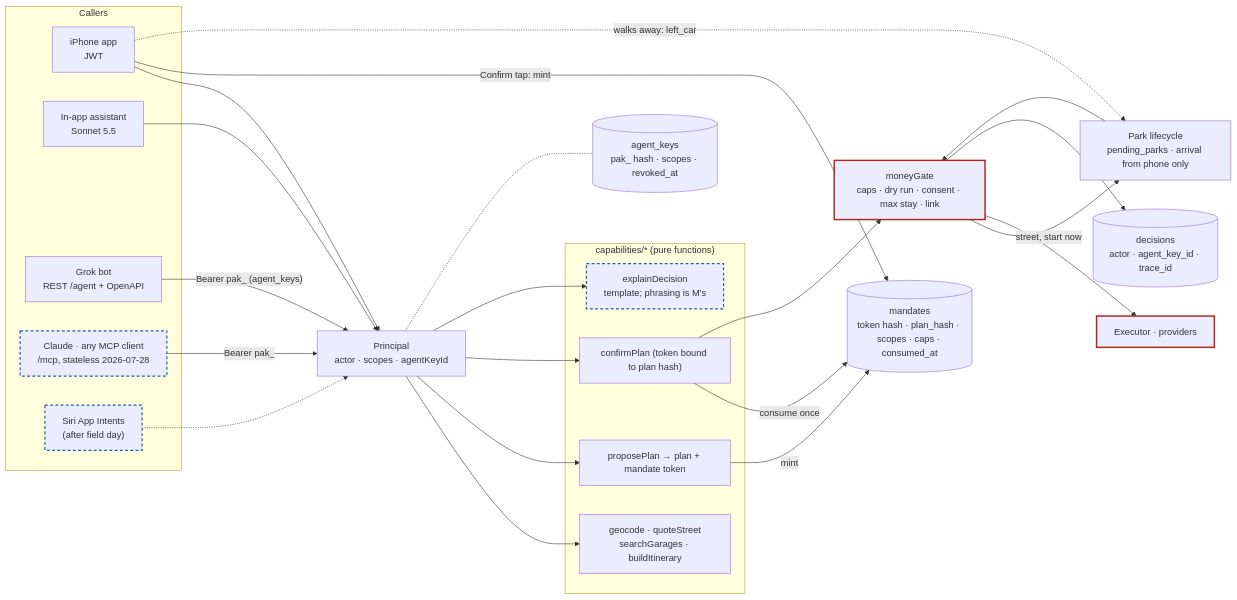
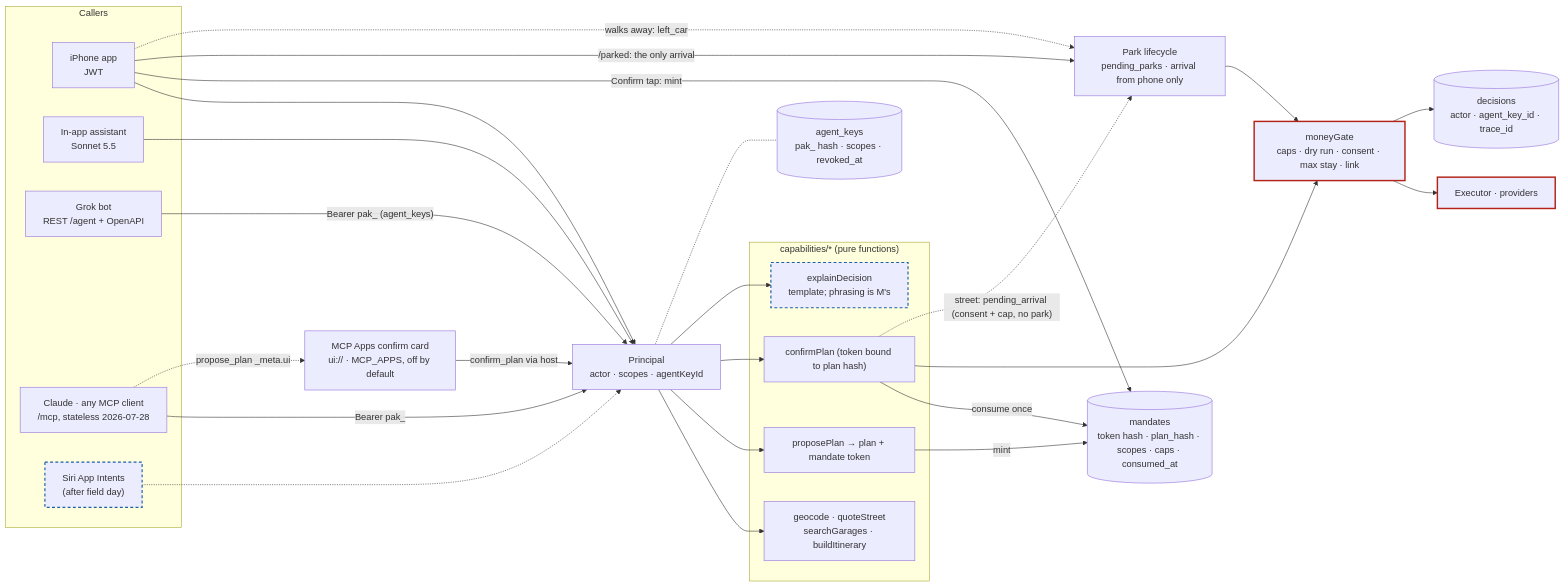
The third of 4 diagrams in docs/architecture.md (thomasbardhi01/parkagent), drawn with Mermaid before and after one commit. The commit also changed other lines of this file and 40 other files, not shown here.

First line of the commit message:
Agent REST surface: search, plan and confirm over /agent/* (WS-4 PR 2b) (#259)

````diff
--- a/docs/architecture.md
+++ b/docs/architecture.md
@@ -115,50 +121,54 @@
 ```mermaid
 flowchart LR
   subgraph Callers
     APP["iPhone app<br/>JWT"]
     LOOP["In-app assistant<br/>Sonnet 5.5"]
     GROK["Grok bot<br/>REST /agent + OpenAPI"]
     CL["Claude · any MCP client<br/>/mcp, stateless 2026-07-28"]
     SIRI["Siri App Intents<br/>(after field day)"]
   end
 
   P["Principal<br/>actor · scopes · agentKeyId"]
 
   subgraph Cap["capabilities/* (pure functions)"]
     C1["geocode · quoteStreet<br/>searchGarages · buildItinerary"]
     C2["proposePlan → plan + mandate token"]
     C3["confirmPlan (token bound to plan hash)"]
     C4["explainDecision<br/>template; phrasing is M's"]
   end
 
   GATE["moneyGate<br/>caps · dry run · consent · max stay · link"]
   LIFE["Park lifecycle<br/>pending_parks · arrival from phone only"]
   EXE["Executor · providers"]
   DEC[("decisions<br/>actor · agent_key_id · trace_id")]
   KEYS[("agent_keys<br/>pak_ hash · scopes · revoked_at")]
   MAND[("mandates<br/>token hash · plan_hash · scopes · caps · consumed_at")]
+  CARD["MCP Apps confirm card<br/>ui:// · MCP_APPS, off by default"]
 
   APP --> P
   LOOP --> P
   GROK -- "Bearer pak_ (agent_keys)" --> P
   CL -- "Bearer pak_" --> P
+  CL -. "propose_plan _meta.ui" .-> CARD
+  CARD -- "confirm_plan via host" --> P
   SIRI -.-> P
   P --> C1 & C2 & C3
   P --> C4
   P -.- KEYS
   C2 -- "mint" --> MAND
   C3 -- "consume once" --> MAND
   APP -- "Confirm tap: mint" --> MAND
   C3 --> GATE
-  GATE -- "street, start now" --> LIFE
+  C3 -. "street: pending_arrival (consent + cap, no park)" .-> LIFE
+  APP -- "/parked: the only arrival" --> LIFE
   LIFE --> GATE
   GATE --> EXE
   GATE --> DEC
   APP -. "walks away: left_car" .-> LIFE
 
   classDef money stroke:#b42318,stroke-width:2.5px
   classDef planned stroke:#1d5fa8,stroke-width:2px,stroke-dasharray:5 4
   class GATE,EXE money
-  class CL,SIRI planned
+  class SIRI planned
   class C4 planned
 ```
````
